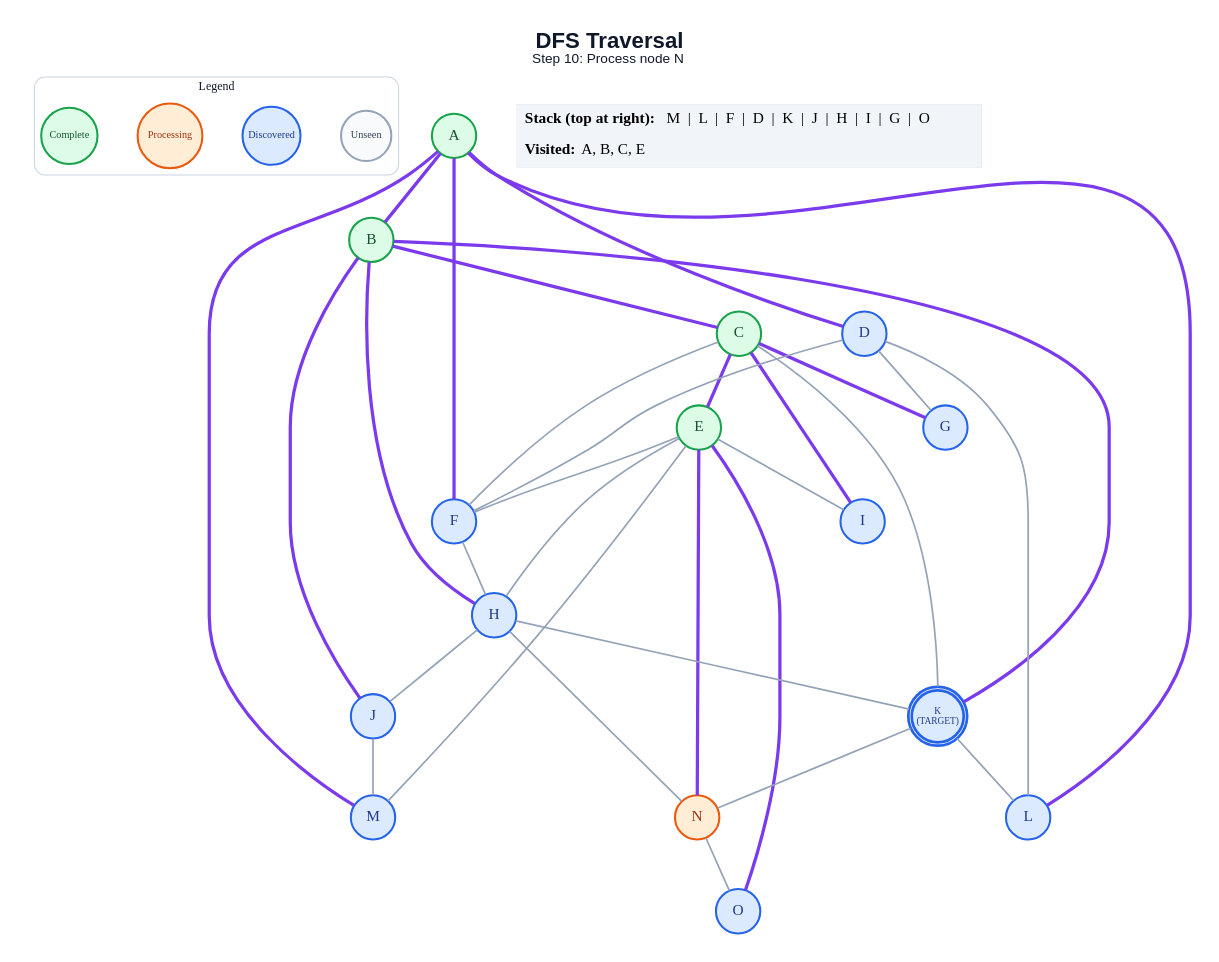
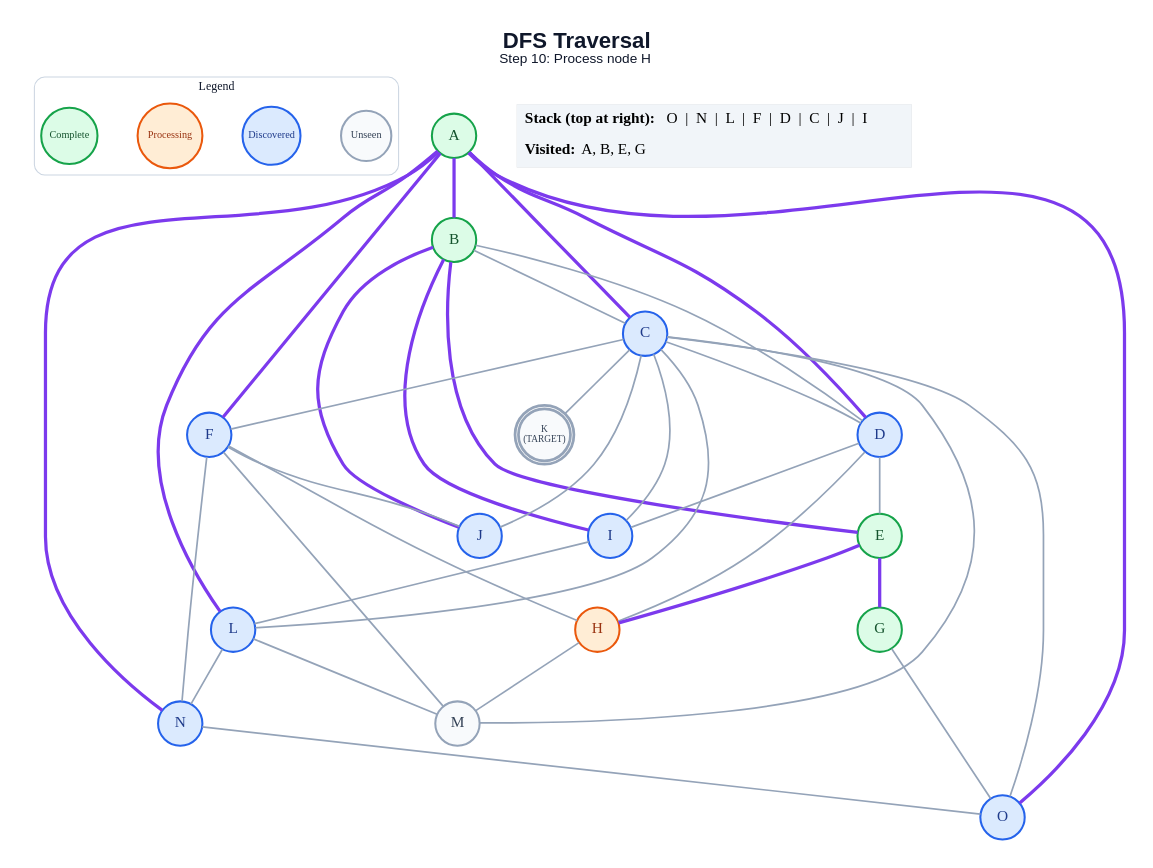
The diagram in generated/specific-node/dfs/step_10.dot (anon7238593-create/ai-slop), drawn with Graphviz before and after one commit. The commit also changed 258 other files, not shown here.

```diff
--- a/generated/specific-node/dfs/step_10.dot
+++ b/generated/specific-node/dfs/step_10.dot
@@ -1,65 +1,69 @@
 graph traversal {
   graph [layout=dot, rankdir=TB, bgcolor="#FFFFFF", pad="0.35", nodesep="0.65", ranksep="0.8", fontname="Arial"];
   node [shape=circle, style="filled", fontname="Arial Bold", fontsize=18, width=0.72, fixedsize=true, penwidth=2.4];
   edge [color="#94A3B8", penwidth=2.0];
-  label=<<B>DFS Traversal</B><BR/><FONT POINT-SIZE="16">Step 10: Process node N</FONT>>; labelloc="t"; fontsize=26; fontname="Arial"; fontcolor="#0F172A";
+  label=<<B>DFS Traversal</B><BR/><FONT POINT-SIZE="16">Step 10: Process node H</FONT>>; labelloc="t"; fontsize=26; fontname="Arial"; fontcolor="#0F172A";
   subgraph cluster_legend { label="Legend"; color="#CBD5E1"; penwidth=1.2; style="rounded"; fontsize=14; fontname="Arial Bold";
     key_unseen [label="Unseen", fillcolor="#F8FAFC", color="#94A3B8", fontcolor="#334155", fontsize=12, width=0.82];
     key_frontier [label="Discovered", fillcolor="#DBEAFE", color="#2563EB", fontcolor="#1E3A8A", fontsize=12, width=0.95];
     key_current [label="Processing", fillcolor="#FFEDD5", color="#EA580C", fontcolor="#9A3412", fontsize=12, width=1.05];
     key_done [label="Complete", fillcolor="#DCFCE7", color="#16A34A", fontcolor="#14532D", fontsize=12, width=0.92];
     { rank=same; key_unseen; key_frontier; key_current; key_done; }
   }
   A [label="A", fillcolor="#DCFCE7", color="#16A34A", fontcolor="#14532D", peripheries=1, penwidth=2.4];
   B [label="B", fillcolor="#DCFCE7", color="#16A34A", fontcolor="#14532D", peripheries=1, penwidth=2.4];
-  C [label="C", fillcolor="#DCFCE7", color="#16A34A", fontcolor="#14532D", peripheries=1, penwidth=2.4];
+  C [label="C", fillcolor="#DBEAFE", color="#2563EB", fontcolor="#1E3A8A", peripheries=1, penwidth=2.4];
   D [label="D", fillcolor="#DBEAFE", color="#2563EB", fontcolor="#1E3A8A", peripheries=1, penwidth=2.4];
   E [label="E", fillcolor="#DCFCE7", color="#16A34A", fontcolor="#14532D", peripheries=1, penwidth=2.4];
   F [label="F", fillcolor="#DBEAFE", color="#2563EB", fontcolor="#1E3A8A", peripheries=1, penwidth=2.4];
-  G [label="G", fillcolor="#DBEAFE", color="#2563EB", fontcolor="#1E3A8A", peripheries=1, penwidth=2.4];
-  H [label="H", fillcolor="#DBEAFE", color="#2563EB", fontcolor="#1E3A8A", peripheries=1, penwidth=2.4];
+  G [label="G", fillcolor="#DCFCE7", color="#16A34A", fontcolor="#14532D", peripheries=1, penwidth=2.4];
+  H [label="H", fillcolor="#FFEDD5", color="#EA580C", fontcolor="#9A3412", peripheries=1, penwidth=2.4];
   I [label="I", fillcolor="#DBEAFE", color="#2563EB", fontcolor="#1E3A8A", peripheries=1, penwidth=2.4];
   J [label="J", fillcolor="#DBEAFE", color="#2563EB", fontcolor="#1E3A8A", peripheries=1, penwidth=2.4];
-  K [label="K\n(TARGET)", fillcolor="#DBEAFE", color="#2563EB", fontcolor="#1E3A8A", peripheries=2, penwidth=3.2, fontsize=11, width=0.85, height=0.85];
+  K [label="K\n(TARGET)", fillcolor="#F8FAFC", color="#94A3B8", fontcolor="#334155", peripheries=2, penwidth=3.2, fontsize=11, width=0.85, height=0.85];
   L [label="L", fillcolor="#DBEAFE", color="#2563EB", fontcolor="#1E3A8A", peripheries=1, penwidth=2.4];
-  M [label="M", fillcolor="#DBEAFE", color="#2563EB", fontcolor="#1E3A8A", peripheries=1, penwidth=2.4];
-  N [label="N", fillcolor="#FFEDD5", color="#EA580C", fontcolor="#9A3412", peripheries=1, penwidth=2.4];
+  M [label="M", fillcolor="#F8FAFC", color="#94A3B8", fontcolor="#334155", peripheries=1, penwidth=2.4];
+  N [label="N", fillcolor="#DBEAFE", color="#2563EB", fontcolor="#1E3A8A", peripheries=1, penwidth=2.4];
   O [label="O", fillcolor="#DBEAFE", color="#2563EB", fontcolor="#1E3A8A", peripheries=1, penwidth=2.4];
   A -- B [color="#7C3AED", penwidth=3.8];
+  A -- C [color="#7C3AED", penwidth=3.8];
   A -- D [color="#7C3AED", penwidth=3.8];
   A -- F [color="#7C3AED", penwidth=3.8];
   A -- L [color="#7C3AED", penwidth=3.8];
-  A -- M [color="#7C3AED", penwidth=3.8];
-  B -- C [color="#7C3AED", penwidth=3.8];
-  B -- H [color="#7C3AED", penwidth=3.8];
+  A -- N [color="#7C3AED", penwidth=3.8];
+  A -- O [color="#7C3AED", penwidth=3.8];
+  B -- C;
+  B -- D;
+  B -- E [color="#7C3AED", penwidth=3.8];
+  B -- I [color="#7C3AED", penwidth=3.8];
   B -- J [color="#7C3AED", penwidth=3.8];
-  B -- K [color="#7C3AED", penwidth=3.8];
-  C -- E [color="#7C3AED", penwidth=3.8];
+  C -- D;
   C -- F;
-  C -- G [color="#7C3AED", penwidth=3.8];
-  C -- I [color="#7C3AED", penwidth=3.8];
+  C -- I;
+  C -- J;
   C -- K;
-  D -- F;
-  D -- G;
-  D -- L;
-  E -- F;
-  E -- H;
-  E -- I;
-  E -- M;
-  E -- N [color="#7C3AED", penwidth=3.8];
-  E -- O [color="#7C3AED", penwidth=3.8];
+  C -- L;
+  C -- M;
+  C -- O;
+  D -- E;
+  D -- H;
+  D -- I;
+  E -- G [color="#7C3AED", penwidth=3.8];
+  E -- H [color="#7C3AED", penwidth=3.8];
   F -- H;
-  H -- J;
-  H -- K;
-  H -- N;
-  J -- M;
-  K -- L;
-  K -- N;
+  F -- J;
+  F -- M;
+  F -- N;
+  G -- O;
+  H -- M;
+  I -- L;
+  L -- M;
+  L -- N;
   N -- O;
   status [shape=plain, fixedsize=false, width=0, height=0, margin=0, label=<
     <TABLE BORDER="0" CELLBORDER="0" CELLPADDING="7" BGCOLOR="#F1F5F9">
-      <TR><TD ALIGN="LEFT"><B>Stack (top at right):</B> M  |  L  |  F  |  D  |  K  |  J  |  H  |  I  |  G  |  O</TD></TR>
-      <TR><TD ALIGN="LEFT"><B>Visited:</B> A, B, C, E</TD></TR>
+      <TR><TD ALIGN="LEFT"><B>Stack (top at right):</B> O  |  N  |  L  |  F  |  D  |  C  |  J  |  I</TD></TR>
+      <TR><TD ALIGN="LEFT"><B>Visited:</B> A, B, E, G</TD></TR>
     </TABLE>
   >];
 }
```
